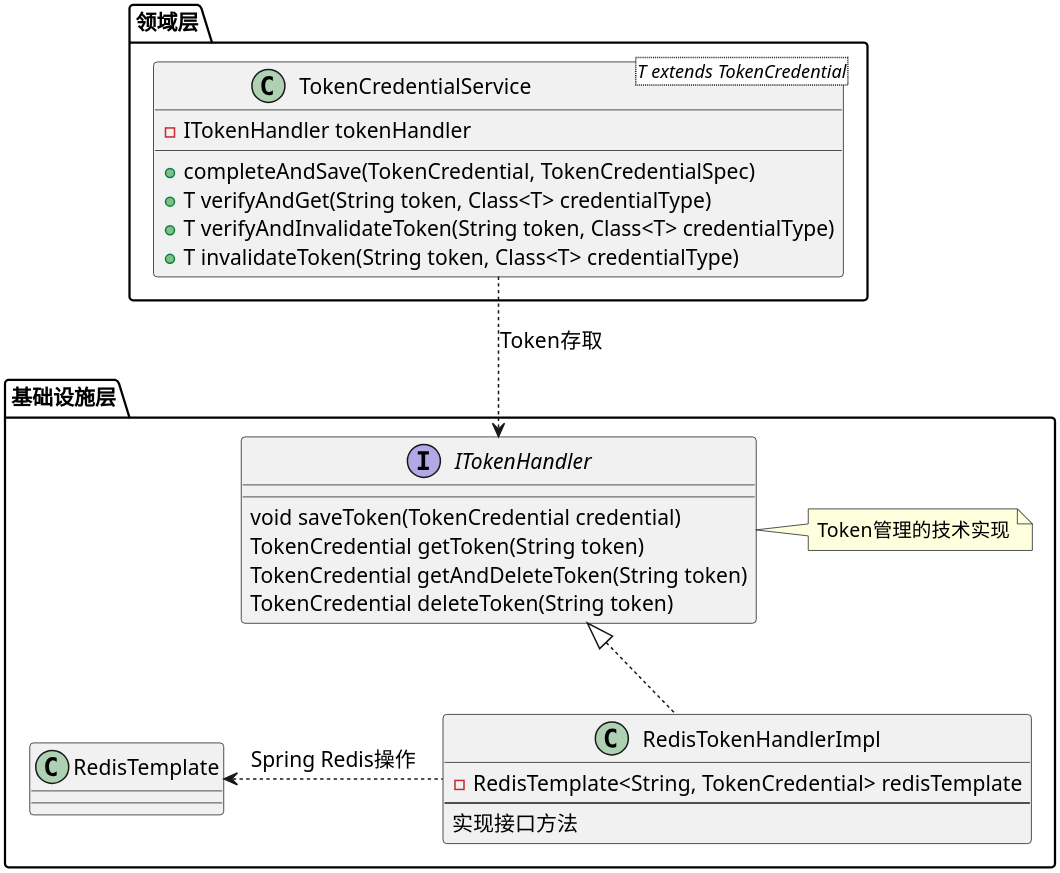
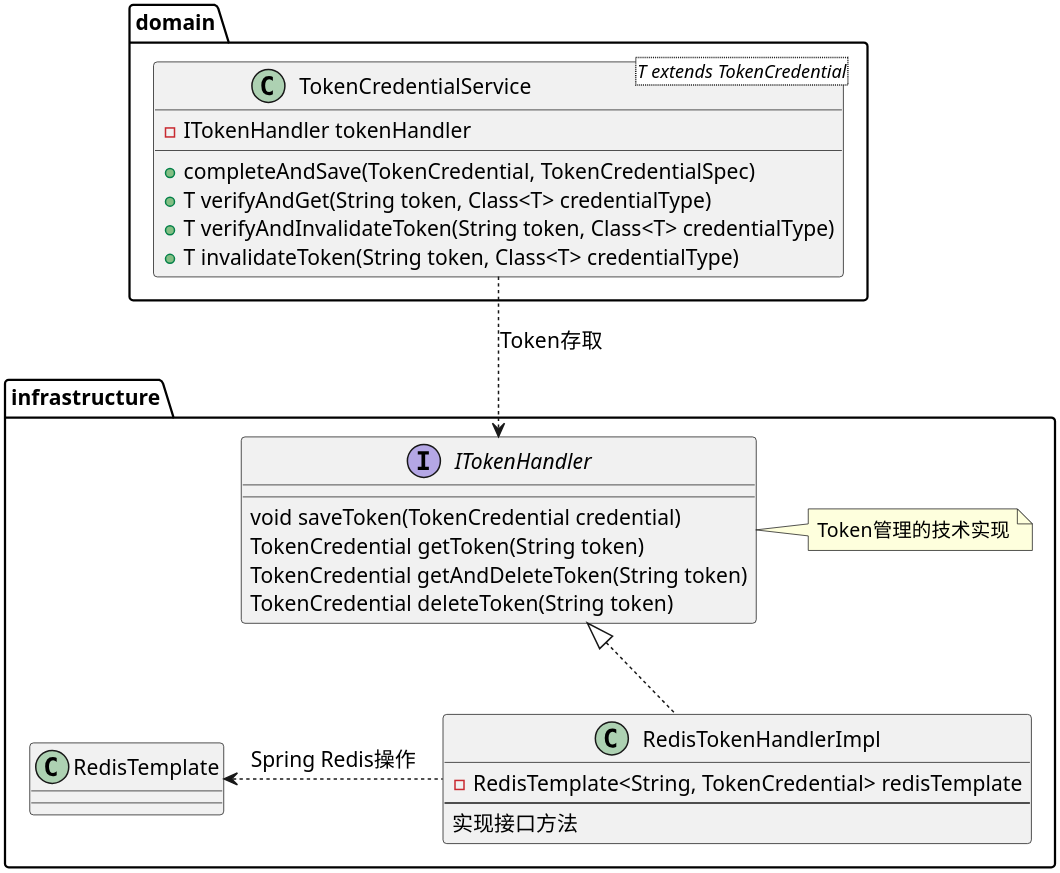
The diagram in uml/auth/token/token管理/服务token.puml (Etherealss/MessagePusher), drawn with PlantUML before and after one commit. The commit also changed 10 other files, not shown here.

```diff
--- a/uml/auth/token/token管理/服务token.puml
+++ b/uml/auth/token/token管理/服务token.puml
@@ -1,37 +1,37 @@
 @startuml
 'https://plantuml.com/class-diagram
 skinparam shadowing false
 skinparam defaultFontName xfonts-wqy
 skinparam dpi 300
 skinparam activity  {
     DiamondFontSize 14
     ArrowFontSize 14
     FontSize 14
 }
-package 领域层 {
+package domain {
     class TokenCredentialService<T extends TokenCredential> {
         - ITokenHandler tokenHandler
         + completeAndSave(TokenCredential, TokenCredentialSpec)
         + T verifyAndGet(String token, Class<T> credentialType)
         + T verifyAndInvalidateToken(String token, Class<T> credentialType)
         + T invalidateToken(String token, Class<T> credentialType)
     }
 }
-package 基础设施层 {
+package infrastructure {
     interface ITokenHandler {
         void saveToken(TokenCredential credential)
         TokenCredential getToken(String token)
         TokenCredential getAndDeleteToken(String token)
         TokenCredential deleteToken(String token)
     }
     note right of ITokenHandler: Token管理的技术实现
     class RedisTokenHandlerImpl implements ITokenHandler {
         - RedisTemplate<String, TokenCredential> redisTemplate
         ---
         实现接口方法
     }
     class RedisTemplate
 }
 TokenCredentialService ..> ITokenHandler: Token存取
 RedisTemplate <. RedisTokenHandlerImpl: Spring Redis操作
 @enduml
```
